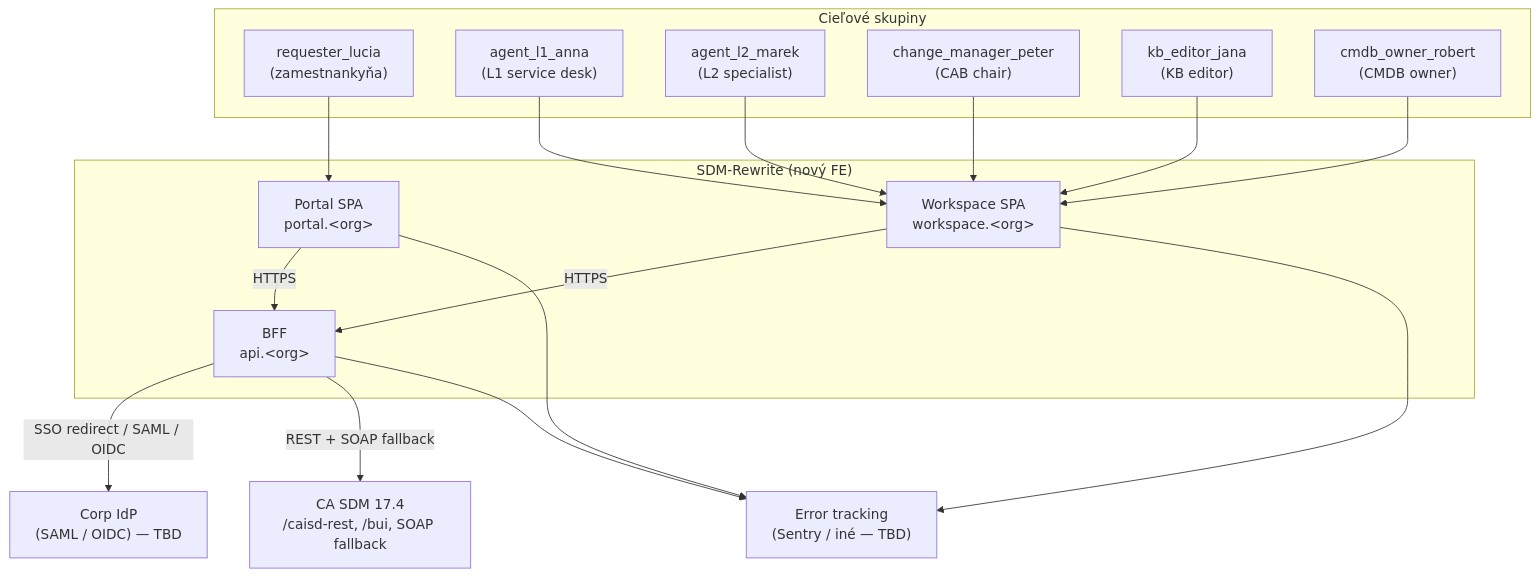
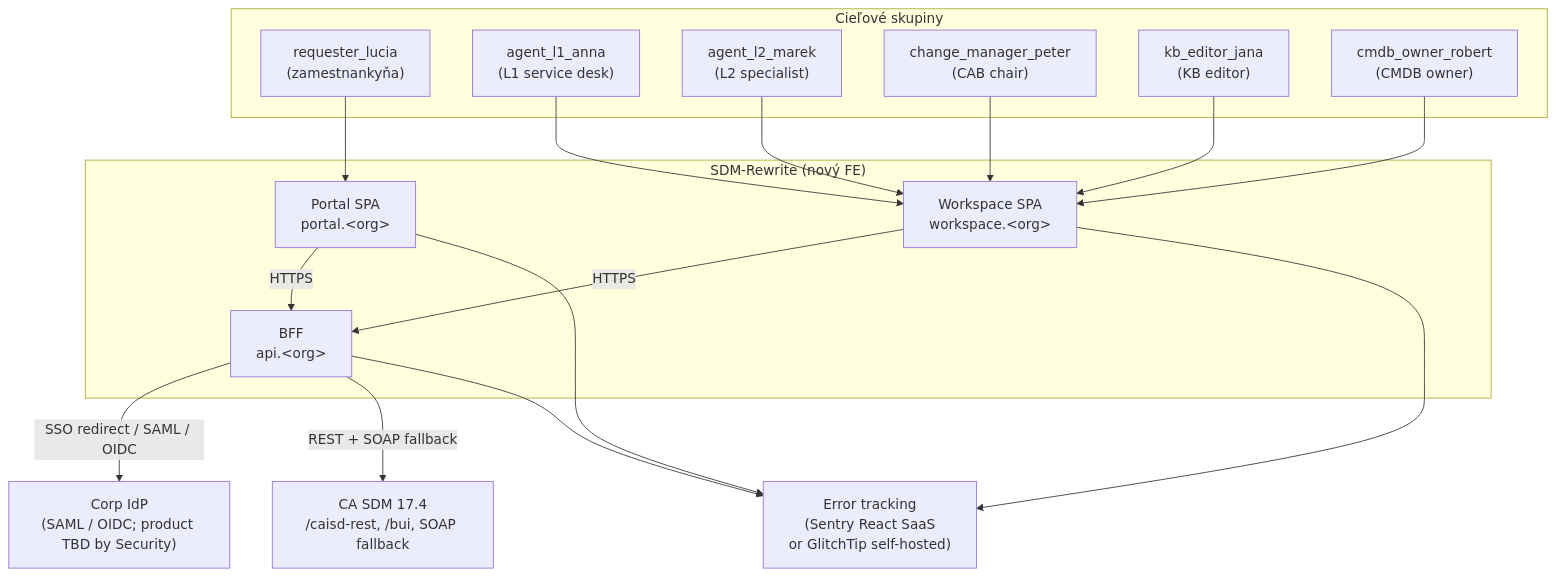
One commit to Spigotek/SDM-Rewrite changed the first of 2 diagrams in docs/agents/architecture/architecture.md. Above: the diagram before and after it, drawn with Mermaid. The commit also changed other lines of this file and 15 other files, not shown here.

First line of the commit message:
[20260508-192438][round-2][04] architecture (r2): BFF=Hono 4, ADRs accepted, tenant header X-CA-SDM-Tenant, risks resolved

````diff
--- a/docs/agents/architecture/architecture.md
+++ b/docs/agents/architecture/architecture.md
@@ -29,36 +42,36 @@
 ```mermaid
 flowchart TB
     subgraph users["Cieľové skupiny"]
         Lucia["requester_lucia<br/>(zamestnankyňa)"]
         Anna["agent_l1_anna<br/>(L1 service desk)"]
         Marek["agent_l2_marek<br/>(L2 specialist)"]
         Peter["change_manager_peter<br/>(CAB chair)"]
         Jana["kb_editor_jana<br/>(KB editor)"]
         Robert["cmdb_owner_robert<br/>(CMDB owner)"]
     end
 
     subgraph sdmrewrite["SDM-Rewrite (nový FE)"]
         Portal["Portal SPA<br/>portal.&lt;org&gt;"]
         Workspace["Workspace SPA<br/>workspace.&lt;org&gt;"]
         BFF["BFF<br/>api.&lt;org&gt;"]
     end
 
-    IdP["Corp IdP<br/>(SAML / OIDC) — TBD"]
+    IdP["Corp IdP<br/>(SAML / OIDC; product TBD by Security)"]
     CASDM["CA SDM 17.4<br/>/caisd-rest, /bui, SOAP fallback"]
-    Sentry["Error tracking<br/>(Sentry / iné — TBD)"]
+    Sentry["Error tracking<br/>(Sentry React SaaS<br/>or GlitchTip self-hosted)"]
 
     Lucia --> Portal
     Anna --> Workspace
     Marek --> Workspace
     Peter --> Workspace
     Jana --> Workspace
     Robert --> Workspace
 
     Portal -- HTTPS --> BFF
     Workspace -- HTTPS --> BFF
     BFF -- "SSO redirect / SAML / OIDC" --> IdP
     BFF -- "REST + SOAP fallback" --> CASDM
     Portal --> Sentry
     Workspace --> Sentry
     BFF --> Sentry
 ```
````
